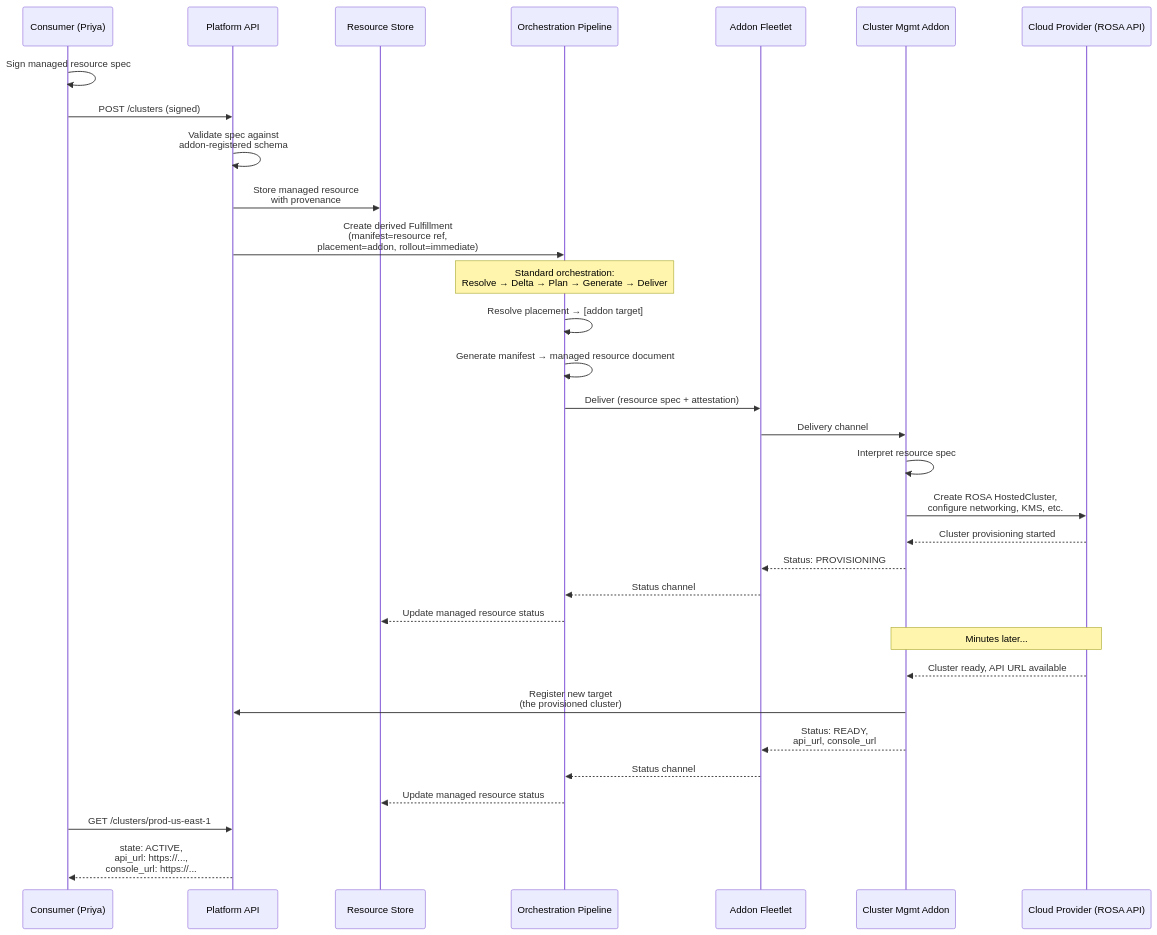
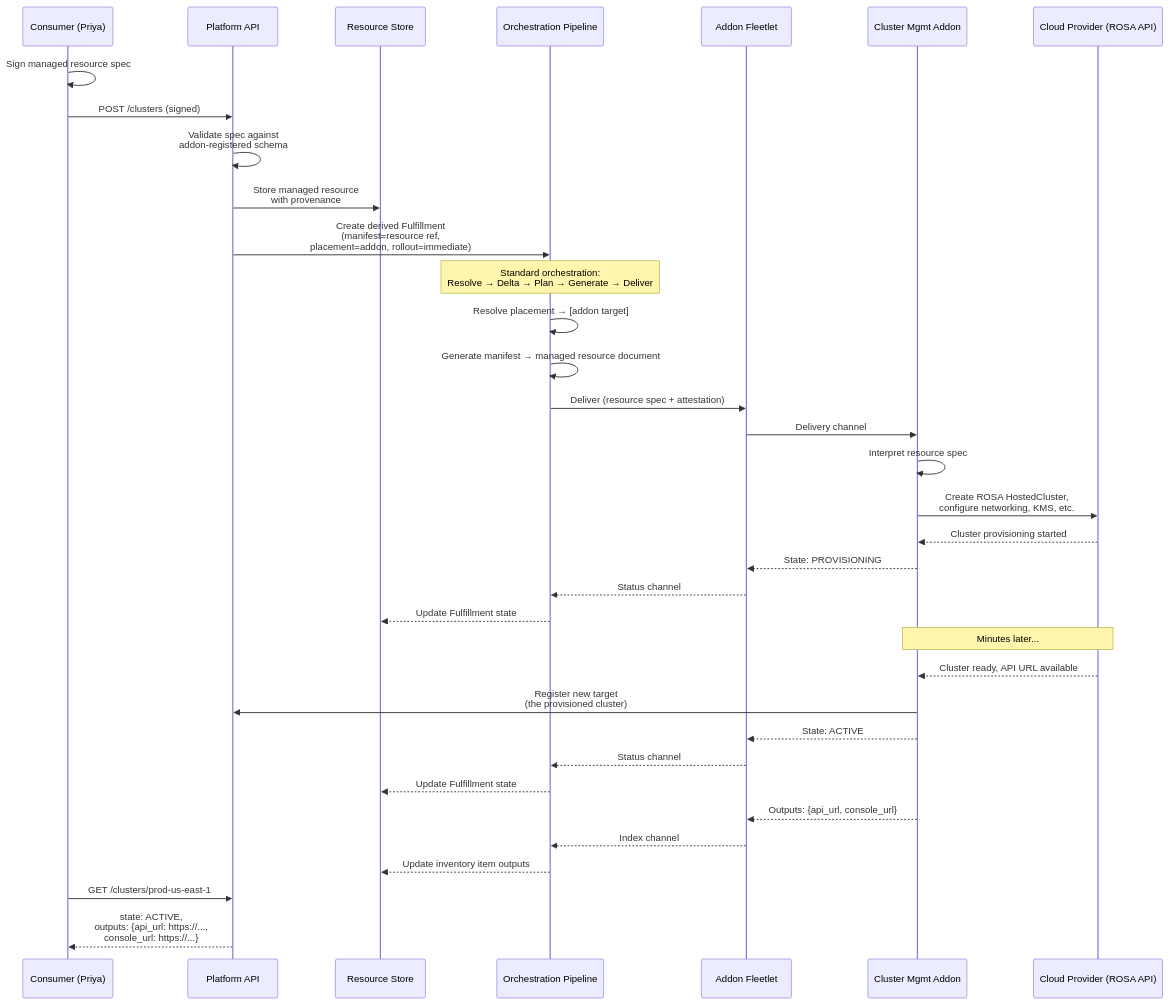
Before and after one commit to fleetshift/fleetshift-poc: the diagram in docs/design/managed_resources.md, drawn with Mermaid. The commit also changed other lines of this file and 4 other files, not shown here.

````diff
--- a/docs/design/managed_resources.md
+++ b/docs/design/managed_resources.md
@@ -199,43 +193,46 @@
 ```mermaid
 sequenceDiagram
     participant User as Consumer (Priya)
     participant Platform as Platform API
     participant Store as Resource Store
     participant Pipeline as Orchestration Pipeline
     participant Fleetlet as Addon Fleetlet
     participant Addon as Cluster Mgmt Addon
     participant Cloud as Cloud Provider (ROSA API)
 
     User->>User: Sign managed resource spec
     User->>Platform: POST /clusters (signed)
     Platform->>Platform: Validate spec against<br/>addon-registered schema
     Platform->>Store: Store managed resource<br/>with provenance
 
     Platform->>Pipeline: Create derived Fulfillment<br/>(manifest=resource ref,<br/>placement=addon, rollout=immediate)
 
     Note over Pipeline: Standard orchestration:<br/>Resolve → Delta → Plan → Generate → Deliver
 
     Pipeline->>Pipeline: Resolve placement → [addon target]
     Pipeline->>Pipeline: Generate manifest → managed resource document
     Pipeline->>Fleetlet: Deliver (resource spec + attestation)
     Fleetlet->>Addon: Delivery channel
 
     Addon->>Addon: Interpret resource spec
     Addon->>Cloud: Create ROSA HostedCluster,<br/>configure networking, KMS, etc.
     Cloud-->>Addon: Cluster provisioning started
 
-    Addon-->>Fleetlet: Status: PROVISIONING
+    Addon-->>Fleetlet: State: PROVISIONING
     Fleetlet-->>Pipeline: Status channel
-    Pipeline-->>Store: Update managed resource status
+    Pipeline-->>Store: Update Fulfillment state
 
     Note over Addon, Cloud: Minutes later...
 
     Cloud-->>Addon: Cluster ready, API URL available
     Addon->>Platform: Register new target<br/>(the provisioned cluster)
-    Addon-->>Fleetlet: Status: READY,<br/>api_url, console_url
+    Addon-->>Fleetlet: State: ACTIVE
     Fleetlet-->>Pipeline: Status channel
-    Pipeline-->>Store: Update managed resource status
+    Pipeline-->>Store: Update Fulfillment state
+    Addon-->>Fleetlet: Outputs: {api_url, console_url}
+    Fleetlet-->>Pipeline: Index channel
+    Pipeline-->>Store: Update inventory item outputs
 
     User->>Platform: GET /clusters/prod-us-east-1
-    Platform-->>User: state: ACTIVE,<br/>api_url: https://...,<br/>console_url: https://...
+    Platform-->>User: state: ACTIVE,<br/>outputs: {api_url: https://...,<br/>console_url: https://...}
 ```
````
